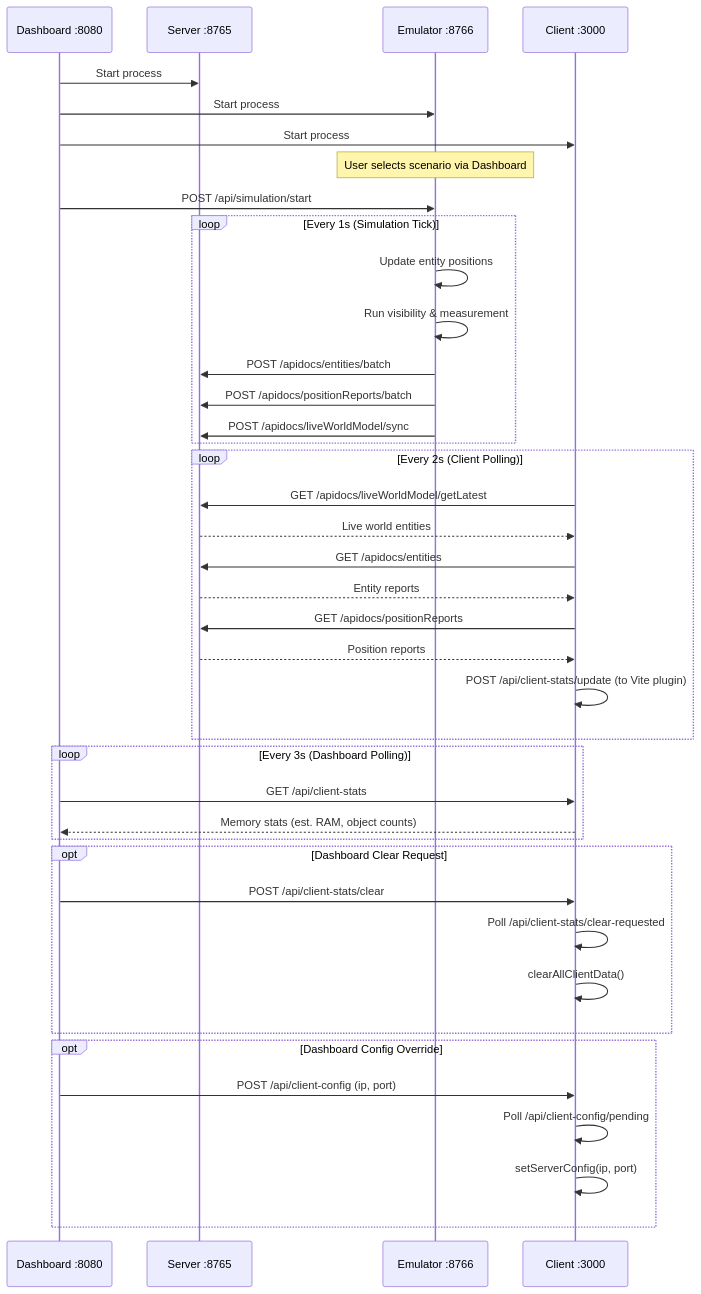
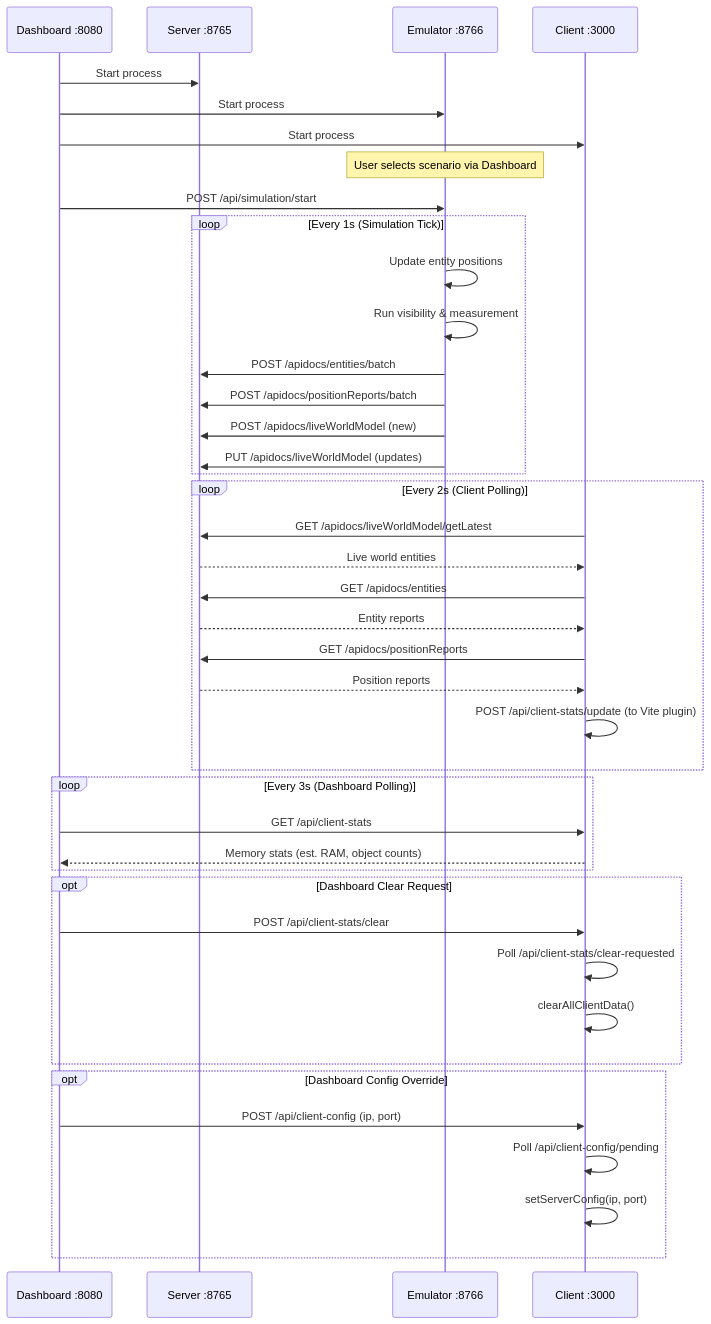
The second of 2 diagrams in docs/system-architecture-diagram.md (ericpauls/disco_workspace), drawn with Mermaid before and after one commit. The commit also changed other lines of this file and 2 other files, not shown here.

First line of the commit message:
feat: POST/PUT live world pattern and update submodule + docs

````diff
--- a/docs/system-architecture-diagram.md
+++ b/docs/system-architecture-diagram.md
@@ -78,50 +78,51 @@
 ```mermaid
 sequenceDiagram
     participant D as Dashboard :8080
     participant S as Server :8765
     participant E as Emulator :8766
     participant C as Client :3000
 
     D->>S: Start process
     D->>E: Start process
     D->>C: Start process
 
     Note over E: User selects scenario via Dashboard
     D->>E: POST /api/simulation/start
 
     loop Every 1s (Simulation Tick)
         E->>E: Update entity positions
         E->>E: Run visibility & measurement
 
         E->>S: POST /apidocs/entities/batch
         E->>S: POST /apidocs/positionReports/batch
-        E->>S: POST /apidocs/liveWorldModel/sync
+        E->>S: POST /apidocs/liveWorldModel (new)
+        E->>S: PUT /apidocs/liveWorldModel (updates)
     end
 
     loop Every 2s (Client Polling)
         C->>S: GET /apidocs/liveWorldModel/getLatest
         S-->>C: Live world entities
         C->>S: GET /apidocs/entities
         S-->>C: Entity reports
         C->>S: GET /apidocs/positionReports
         S-->>C: Position reports
         C->>C: POST /api/client-stats/update (to Vite plugin)
     end
 
     loop Every 3s (Dashboard Polling)
         D->>C: GET /api/client-stats
         C-->>D: Memory stats (est. RAM, object counts)
     end
 
     opt Dashboard Clear Request
         D->>C: POST /api/client-stats/clear
         C->>C: Poll /api/client-stats/clear-requested
         C->>C: clearAllClientData()
     end
 
     opt Dashboard Config Override
         D->>C: POST /api/client-config (ip, port)
         C->>C: Poll /api/client-config/pending
         C->>C: setServerConfig(ip, port)
     end
 ```
````
